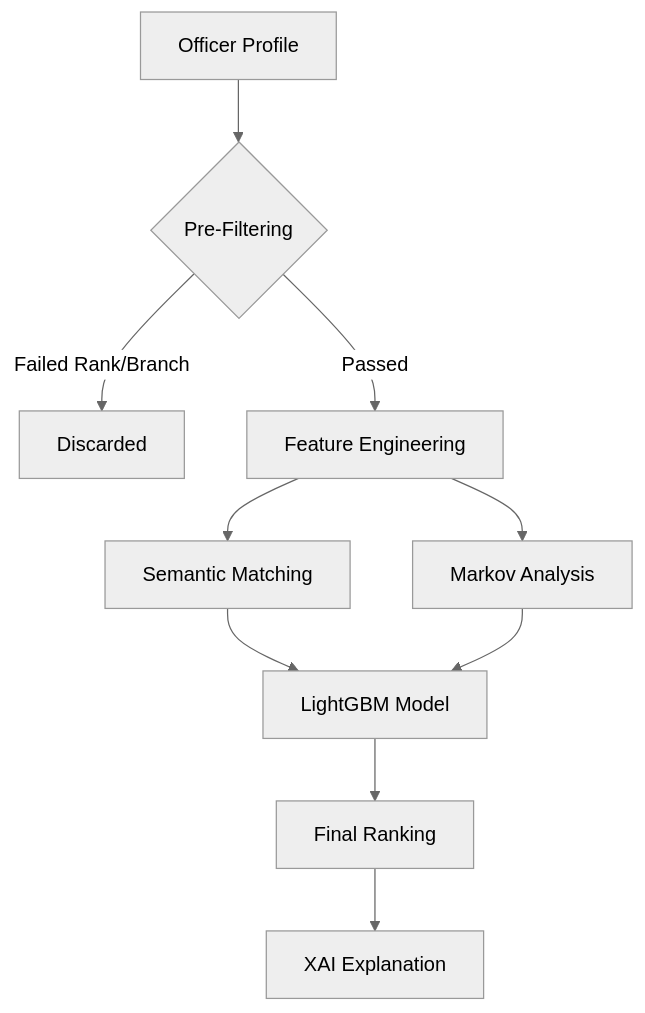
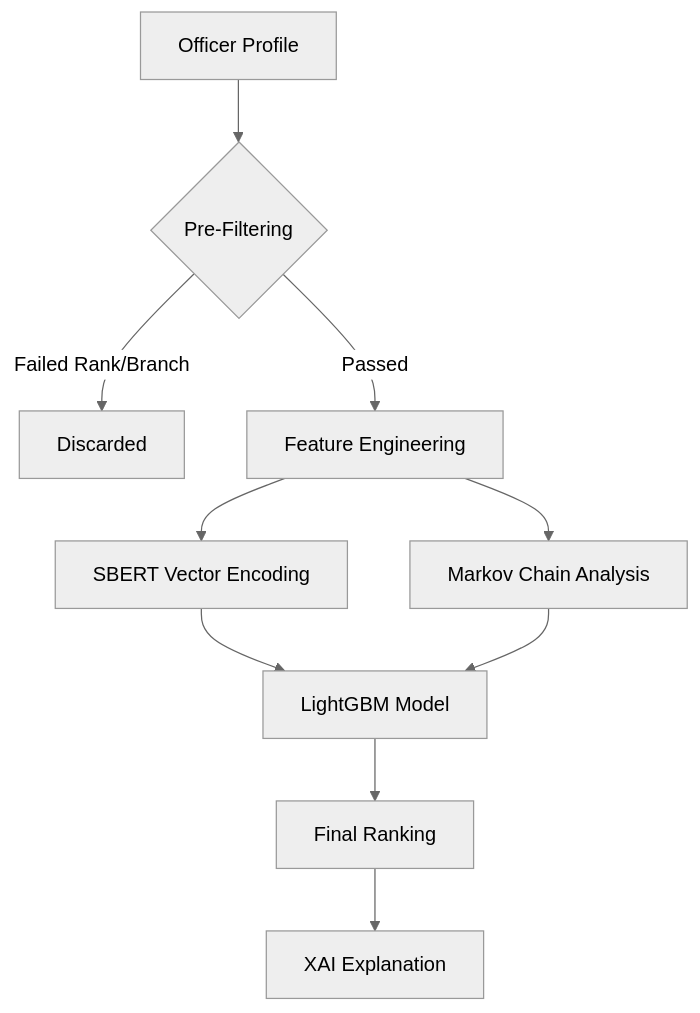
The diagram in docs/Report/04_Methodology.md (xasxasxas/AIAppointer), drawn with Mermaid (neutral theme) before and after one commit. The commit also changed other lines of this file and 13 other files, not shown here.

````diff
--- a/docs/Report/04_Methodology.md
+++ b/docs/Report/04_Methodology.md
@@ -21,11 +24,11 @@
 ```mermaid
 graph TD
     A[Officer Profile] --> B{Pre-Filtering}
     B -- Failed Rank/Branch --> C[Discarded]
     B -- Passed --> D[Feature Engineering]
-    D --> E[Semantic Matching]
-    D --> F[Markov Analysis]
+    D --> E[SBERT Vector Encoding]
+    D --> F[Markov Chain Analysis]
     E & F --> G[LightGBM Model]
     G --> H[Final Ranking]
     H --> I[XAI Explanation]
 ```
````
